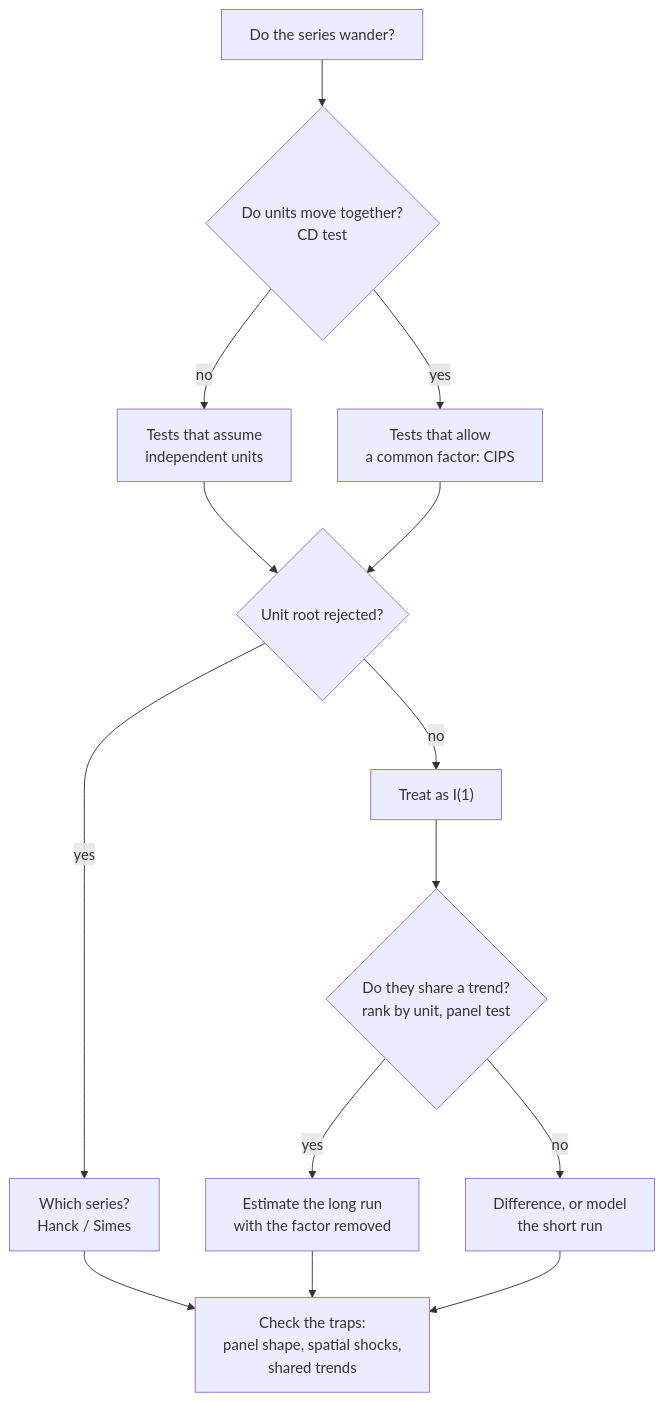
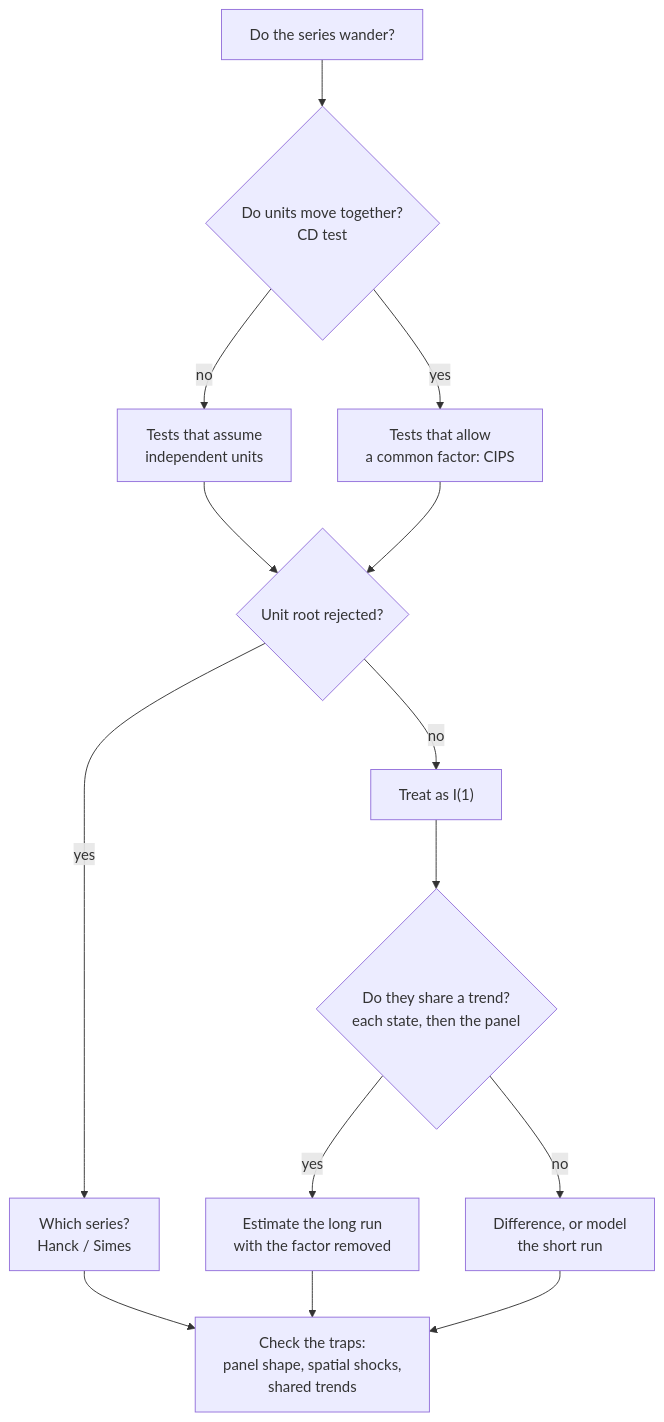
The diagram in chapters/04-time/index.qmd (EBukin/metrics-masters), drawn with Mermaid before and after one commit. The commit also changed other lines of this file and 4 other files, not shown here.

````diff
--- a/chapters/04-time/index.qmd
+++ b/chapters/04-time/index.qmd
@@ -26,16 +28,16 @@
 ```{mermaid}
 flowchart TD
   Q["Do the series wander?"] --> CD{"Do units move together?<br/>CD test"}
   CD -->|"no"| G1["Tests that assume<br/>independent units"]
   CD -->|"yes"| G2["Tests that allow<br/>a common factor: CIPS"]
   G1 --> R{"Unit root rejected?"}
   G2 --> R
   R -->|"yes"| W["Which series?<br/>Hanck / Simes"]
   R -->|"no"| I1["Treat as I(1)"]
-  I1 --> C{"Do they share a trend?<br/>rank by unit, panel test"}
+  I1 --> C{"Do they share a trend?<br/>each state, then the panel"}
   C -->|"yes"| LR["Estimate the long run<br/>with the factor removed"]
   C -->|"no"| D["Difference, or model<br/>the short run"]
   W --> L["Check the traps:<br/>panel shape, spatial shocks,<br/>shared trends"]
   LR --> L
   D --> L
 ```
````
